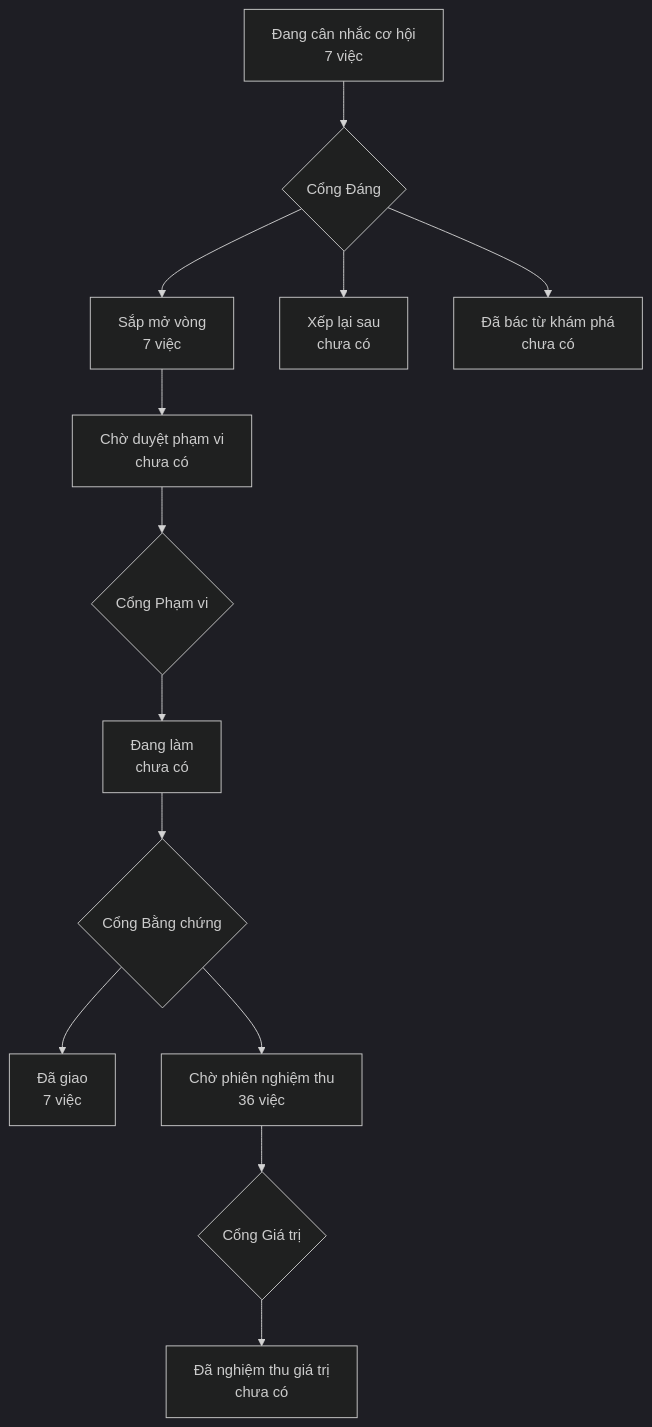
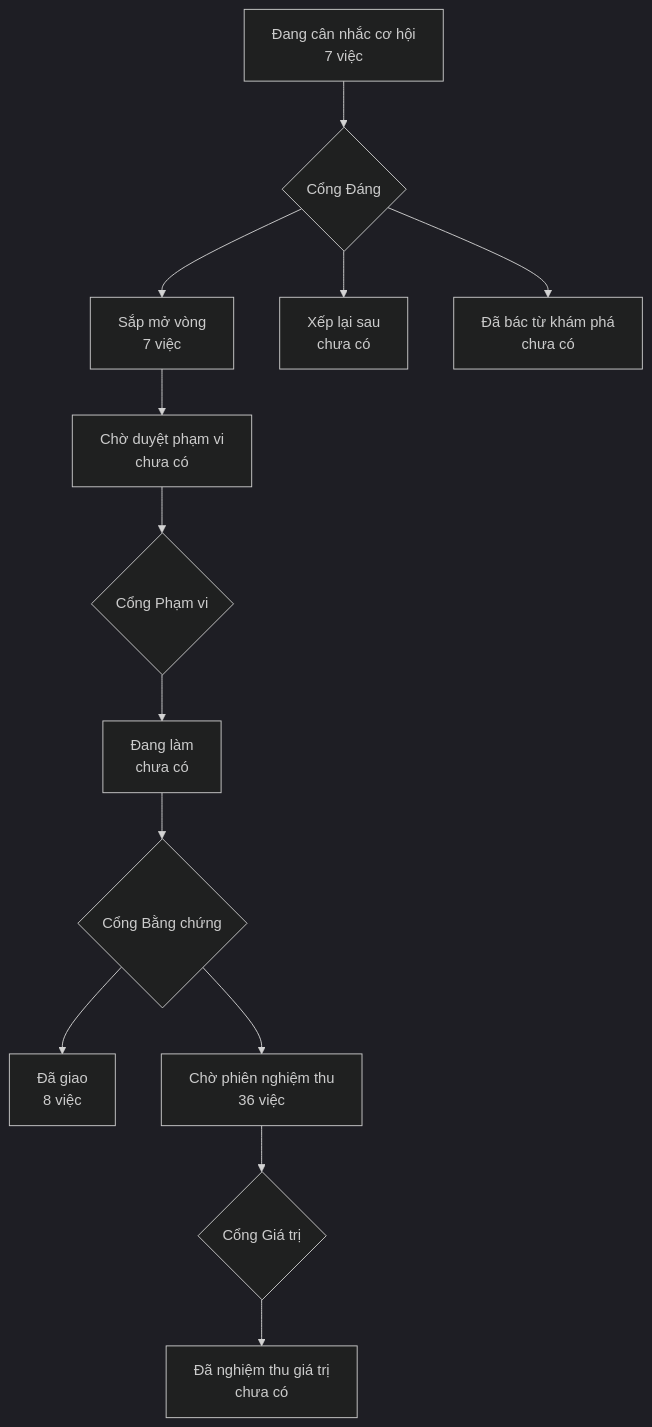
Before and after one commit to phanlemanh/onehub-quy-hang: the diagram in PRODUCT-MAP.md, drawn with Mermaid (dark theme). The commit also changed other lines of this file and 1 other file, not shown here.

Commit message:
chore: vẽ lại bản đồ và trang lộ trình sau gộp main

````diff
--- a/PRODUCT-MAP.md
+++ b/PRODUCT-MAP.md
@@ -7,12 +7,12 @@
 ```mermaid
 flowchart TD
   A["Đang cân nhắc cơ hội<br/>7 việc"] --> GD{"Cổng Đáng"}
   GD --> B["Sắp mở vòng<br/>7 việc"]
   GD --> XL["Xếp lại sau<br/>chưa có"]
   GD --> DB["Đã bác từ khám phá<br/>chưa có"]
   B --> CD["Chờ duyệt phạm vi<br/>chưa có"] --> GP{"Cổng Phạm vi"}
   GP --> DL["Đang làm<br/>chưa có"] --> GB{"Cổng Bằng chứng"}
-  GB --> DG["Đã giao<br/>7 việc"]
+  GB --> DG["Đã giao<br/>8 việc"]
   GB --> CN["Chờ phiên nghiệm thu<br/>36 việc"] --> GG{"Cổng Giá trị"}
   GG --> NT["Đã nghiệm thu giá trị<br/>chưa có"]
 ```
````
